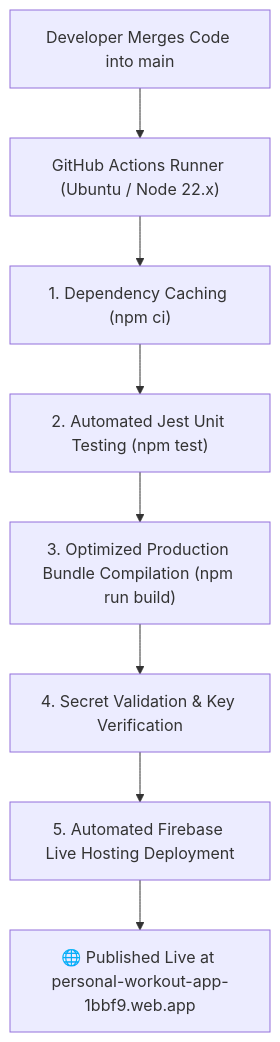
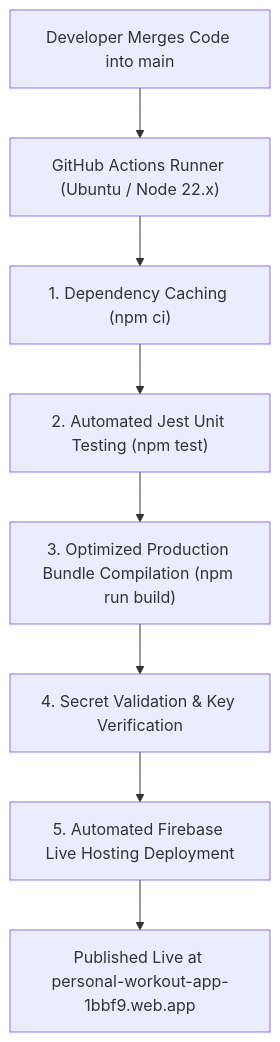
Before and after one commit to Adam-Kosicki/FitTrack: the diagram in docs/ci_cd_architecture_and_workflow_runs.md, drawn with Mermaid. The commit also changed other lines of this file and 26 other files, not shown here.

````diff
--- a/docs/ci_cd_architecture_and_workflow_runs.md
+++ b/docs/ci_cd_architecture_and_workflow_runs.md
@@ -11,10 +11,10 @@
 ```mermaid
 graph TD
     A["Developer Merges Code into main"] --> B["GitHub Actions Runner (Ubuntu / Node 22.x)"]
     B --> C["1. Dependency Caching (npm ci)"]
     C --> D["2. Automated Jest Unit Testing (npm test)"]
     D --> E["3. Optimized Production Bundle Compilation (npm run build)"]
     E --> F["4. Secret Validation & Key Verification"]
     F --> G["5. Automated Firebase Live Hosting Deployment"]
-    G --> H["🌐 Published Live at personal-workout-app-1bbf9.web.app"]
+    G --> H["Published Live at personal-workout-app-1bbf9.web.app"]
 ```
````
